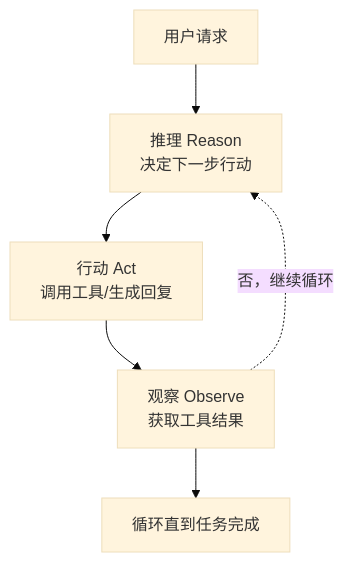
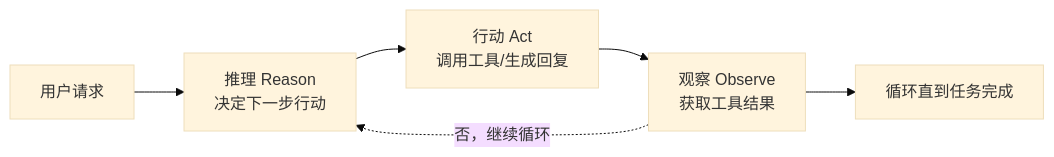
One commit to wonglaitung/splan changed the first of 18 diagrams in 5. 银行智能体开发框架技术说明书.md. Above: the diagram before and after it, drawn with Mermaid (base theme). The commit also changed 2 other files, not shown here.

Commit message:
style: 将无方向语义的纵向单列 mermaid 流程改为横向(LR)
- doc5 ReAct 循环图、doc1 ReAct 循环图：flowchart TD/TB -> LR
- full_analysis 硬编码调用链图：外层与 subgraph 均改 LR
- 保留「科技部专属版」中显式标注"从上到下/从下到上"的两张图（方向为语义所需）

````diff
--- a/5. 银行智能体开发框架技术说明书.md
+++ b/5. 银行智能体开发框架技术说明书.md
@@ -26,8 +26,8 @@
 ```mermaid
-flowchart TD
+flowchart LR
     A["用户请求"] --> B["推理 Reason<br/>决定下一步行动"]
     B --> C["行动 Act<br/>调用工具/生成回复"]
     C --> D["观察 Observe<br/>获取工具结果"]
     D --> E["循环直到任务完成"]
     D -.->|"否，继续循环"| B
 ```
````
